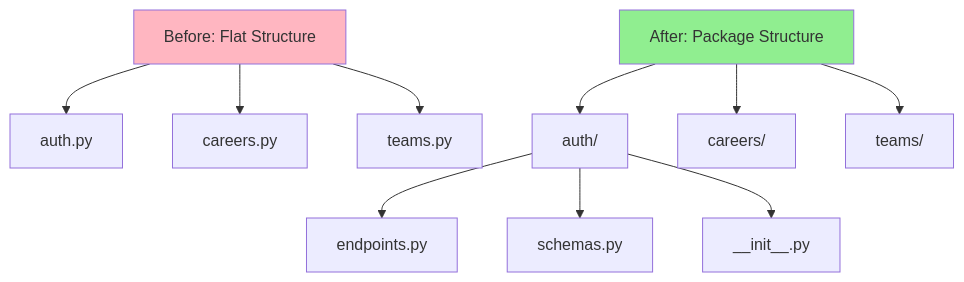
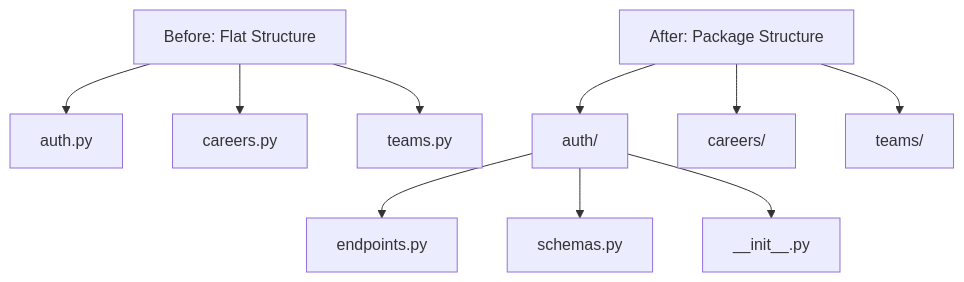
One commit to ELC/upskilling changed the first of 4 diagrams in docs/changes_from_restructure-models_to_refactor-services.md. Above: the diagram before and after it, drawn with Mermaid. The commit also changed other lines of this file, not shown here.

````diff
--- a/docs/changes_from_restructure-models_to_refactor-services.md
+++ b/docs/changes_from_restructure-models_to_refactor-services.md
@@ -22,17 +22,14 @@
 ```mermaid
 graph TD
     A[Before: Flat Structure] --> B[auth.py]
     A --> C[careers.py]
     A --> D[teams.py]
     
     E[After: Package Structure] --> F[auth/]
     E --> G[careers/]
     E --> H[teams/]
     
     F --> F1[endpoints.py]
     F --> F2[schemas.py]
     F --> F3[__init__.py]
-    
-    style E fill:#90EE90
-    style A fill:#FFB6C1
 ```
````
